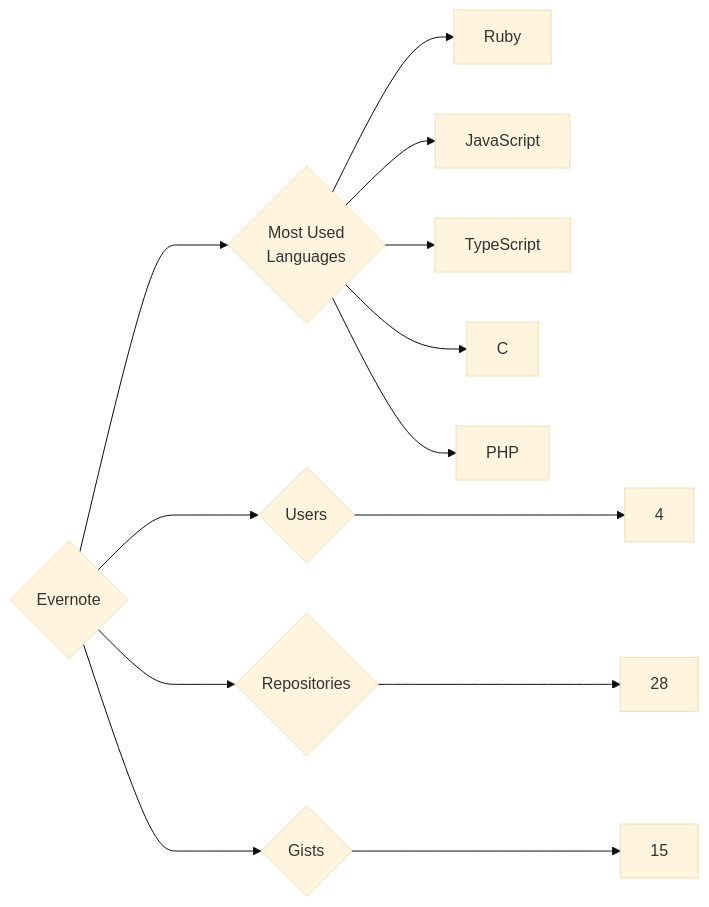
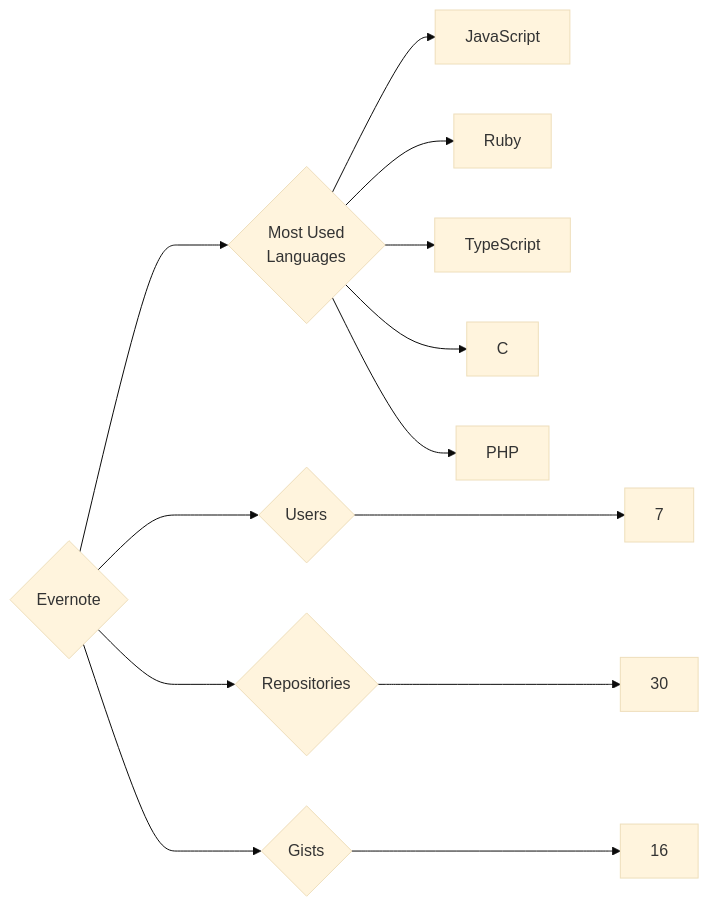
One commit to trickest/insiders changed the diagram in targets/Evernote/README.md. Above: the diagram before and after it, drawn with Mermaid (base theme). The commit also changed 859 other files, not shown here.

````diff
--- a/targets/Evernote/README.md
+++ b/targets/Evernote/README.md
@@ -3,13 +3,13 @@
 ```mermaid
 graph LR
 COMPANY_NAME{Evernote}
-COMPANY_NAME ---> U{Users} ---> UN[4]
-COMPANY_NAME ---> R{Repositories} ---> RN[28]
-COMPANY_NAME ---> G{Gists} ---> GN[15]
+COMPANY_NAME ---> U{Users} ---> UN[7]
+COMPANY_NAME ---> R{Repositories} ---> RN[30]
+COMPANY_NAME ---> G{Gists} ---> GN[16]
 COMPANY_NAME ---> ML{Most Used<br>Languages}
+ML --> JavaScript[JavaScript]
 ML --> Ruby[Ruby]
-ML --> JavaScript[JavaScript]
 ML --> TypeScript[TypeScript]
 ML --> C[C]
 ML --> PHP[PHP]
 ```
````
